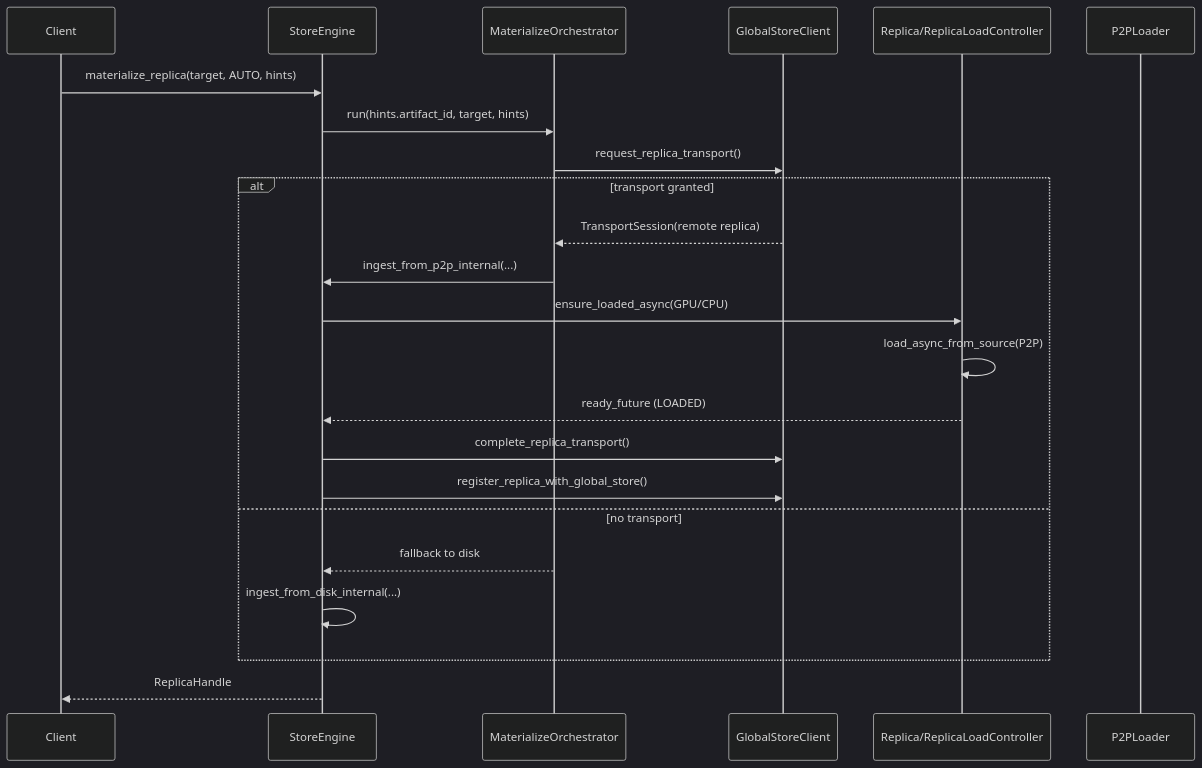
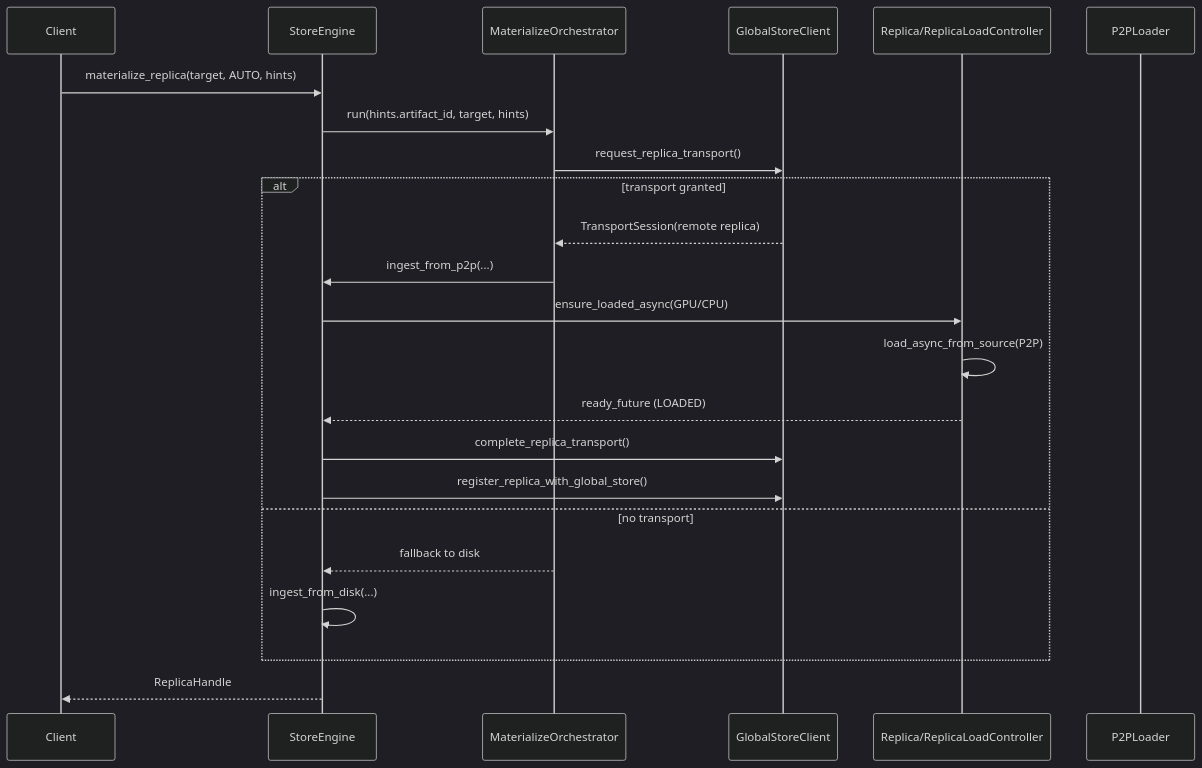
Before and after one commit to tensorcast-ai/tensorcast: the second of 6 diagrams in core/store/README.md, drawn with Mermaid (dark theme). The commit also changed other lines of this file and 21 other files, not shown here.

````diff
--- a/core/store/README.md
+++ b/core/store/README.md
@@ -166,26 +167,26 @@
 ```mermaid
 sequenceDiagram
   participant Client
   participant SE as StoreEngine
   participant MO as MaterializeOrchestrator
   participant GS as GlobalStoreClient
   participant REP as Replica/ReplicaLoadController
   participant P2L as P2PLoader
 
   Client->>SE: materialize_replica(target, AUTO, hints)
   SE->>MO: run(hints.artifact_id, target, hints)
   MO->>GS: request_replica_transport()
   alt transport granted
     GS-->>MO: TransportSession(remote replica)
-    MO->>SE: ingest_from_p2p_internal(...)
+    MO->>SE: ingest_from_p2p(...)
     SE->>REP: ensure_loaded_async(GPU/CPU)
     REP->>REP: load_async_from_source(P2P)
     REP-->>SE: ready_future (LOADED)
     SE->>GS: complete_replica_transport()
     SE->>GS: register_replica_with_global_store()
   else no transport
     MO-->>SE: fallback to disk
-    SE->>SE: ingest_from_disk_internal(...)
+    SE->>SE: ingest_from_disk(...)
   end
   SE-->>Client: ReplicaHandle
 ```
````
